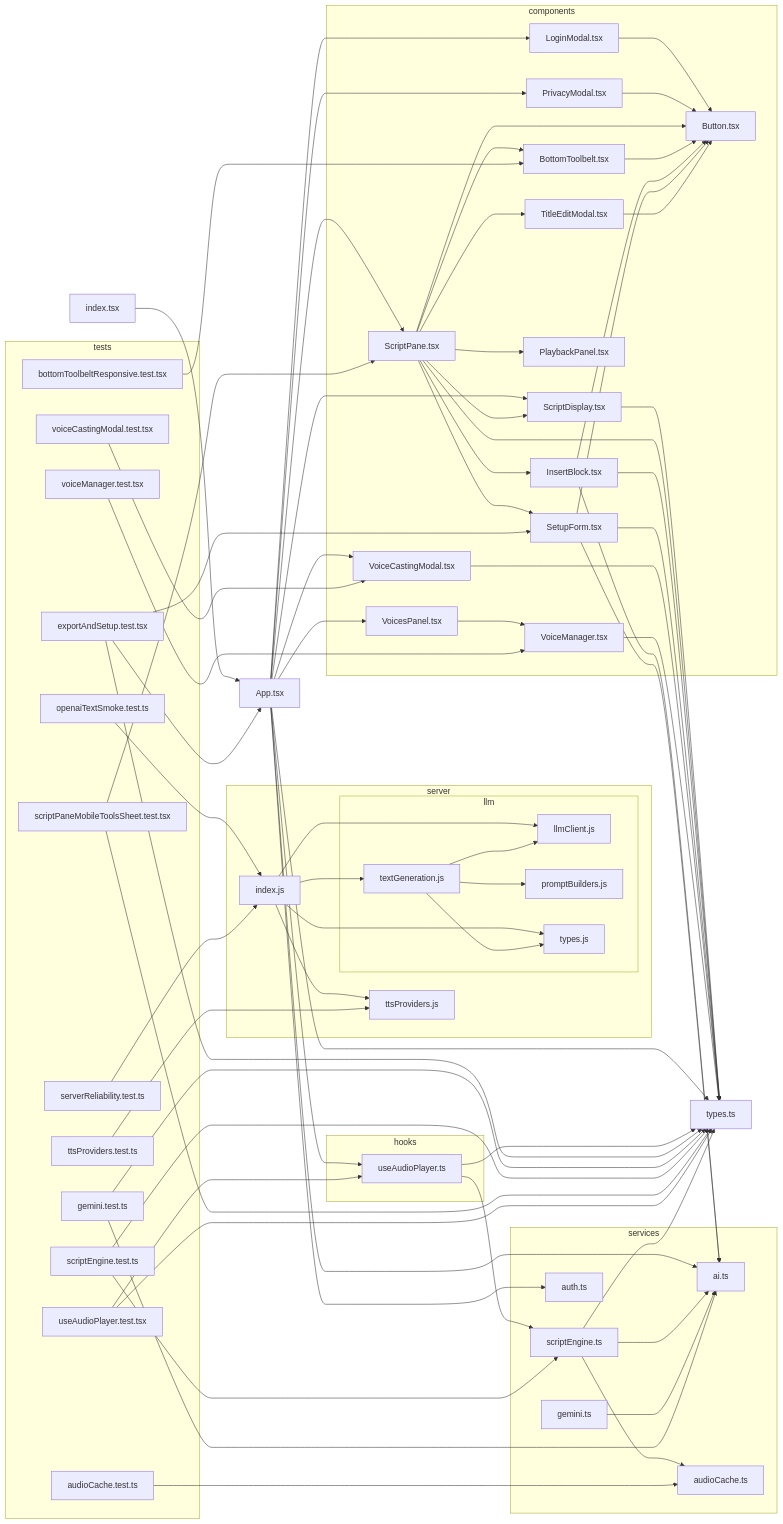
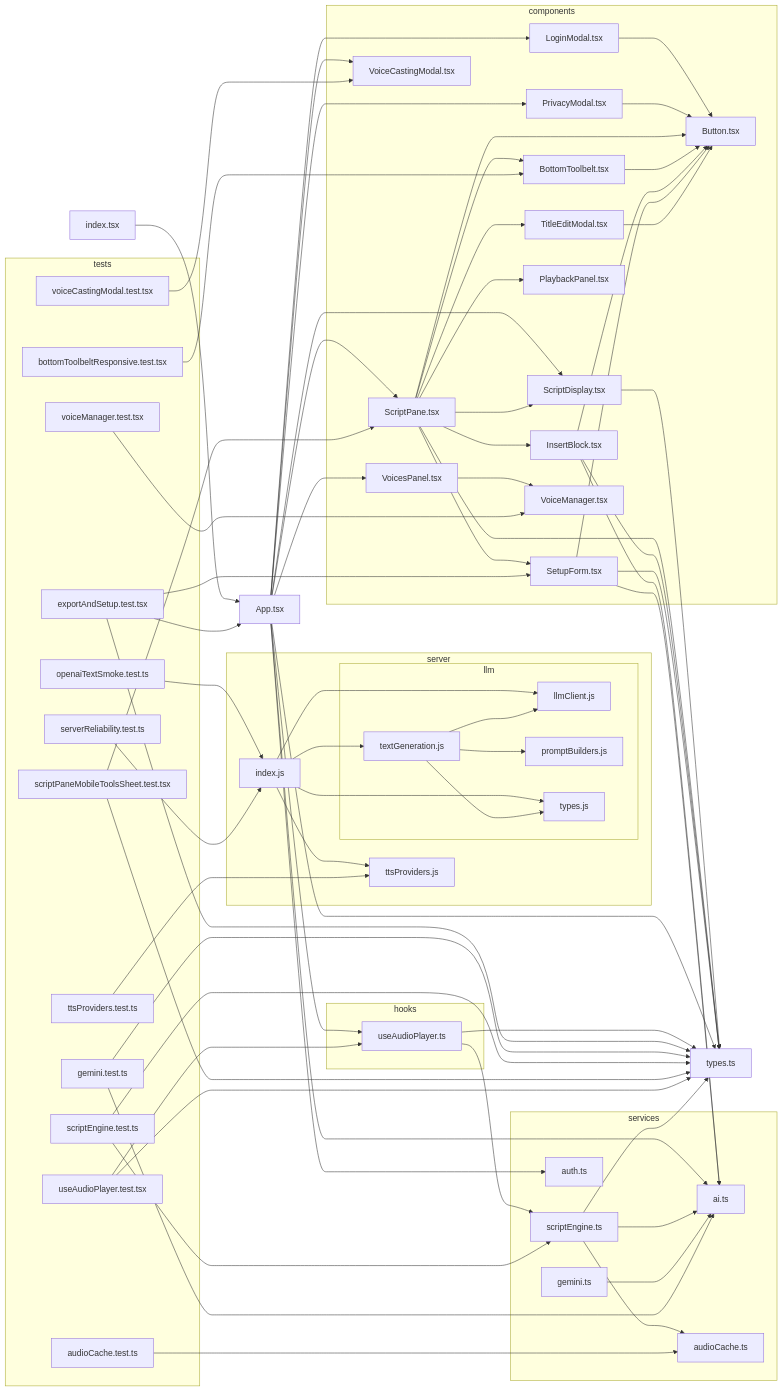
One commit to seanzmc/Script-Seance changed the diagram in docs/dependency-graph.mmd. Above: the diagram before and after it, drawn with Mermaid.

Commit message:
Remove unused dependencies F→6 and H→6 from graph
Cleans up the dependency graph by removing two edges (F→6 and H→6)
that are no longer needed.

```diff
--- a/docs/dependency-graph.mmd
+++ b/docs/dependency-graph.mmd
@@ -1,118 +1,116 @@
 flowchart LR
 
 0["App.tsx"]
 subgraph 1["components"]
 2["LoginModal.tsx"]
 3["Button.tsx"]
 4["PrivacyModal.tsx"]
 5["ScriptDisplay.tsx"]
 7["ScriptPane.tsx"]
 8["BottomToolbelt.tsx"]
 9["InsertBlock.tsx"]
 C["PlaybackPanel.tsx"]
 D["SetupForm.tsx"]
 E["TitleEditModal.tsx"]
 F["VoiceCastingModal.tsx"]
 G["VoicesPanel.tsx"]
 H["VoiceManager.tsx"]
 end
 6["types.ts"]
 subgraph A["services"]
 B["ai.ts"]
 K["scriptEngine.ts"]
 L["audioCache.ts"]
 M["auth.ts"]
 W["gemini.ts"]
 end
 subgraph I["hooks"]
 J["useAudioPlayer.ts"]
 end
 N["index.tsx"]
 subgraph O["server"]
 P["index.js"]
 subgraph Q["llm"]
 R["llmClient.js"]
 S["textGeneration.js"]
 T["promptBuilders.js"]
 U["types.js"]
 end
 V["ttsProviders.js"]
 end
 subgraph X["tests"]
 Y["audioCache.test.ts"]
 Z["bottomToolbeltResponsive.test.tsx"]
 10["exportAndSetup.test.tsx"]
 11["gemini.test.ts"]
 12["openaiTextSmoke.test.ts"]
 13["scriptEngine.test.ts"]
 14["scriptPaneMobileToolsSheet.test.tsx"]
 15["serverReliability.test.ts"]
 16["ttsProviders.test.ts"]
 17["useAudioPlayer.test.tsx"]
 18["voiceCastingModal.test.tsx"]
 19["voiceManager.test.tsx"]
 end
 0-->2
 0-->4
 0-->5
 0-->7
 0-->F
 0-->G
 0-->J
 0-->B
 0-->M
 0-->6
 2-->3
 4-->3
 5-->6
 7-->6
 7-->8
 7-->3
 7-->9
 7-->C
 7-->5
 7-->D
 7-->E
 8-->3
 9-->B
 9-->6
 9-->3
 D-->B
 D-->6
 D-->3
 E-->3
-F-->6
 G-->H
-H-->6
 J-->K
 J-->6
 K-->6
 K-->B
 K-->L
 N-->0
 P-->R
 P-->S
 P-->U
 P-->V
 S-->R
 S-->T
 S-->U
 W-->B
 Y-->L
 Z-->8
 10-->0
 10-->D
 10-->6
 11-->B
 11-->6
 12-->P
 13-->K
 13-->6
 14-->7
 14-->6
 15-->P
 16-->V
 17-->J
 17-->6
 18-->F
 19-->H
```
